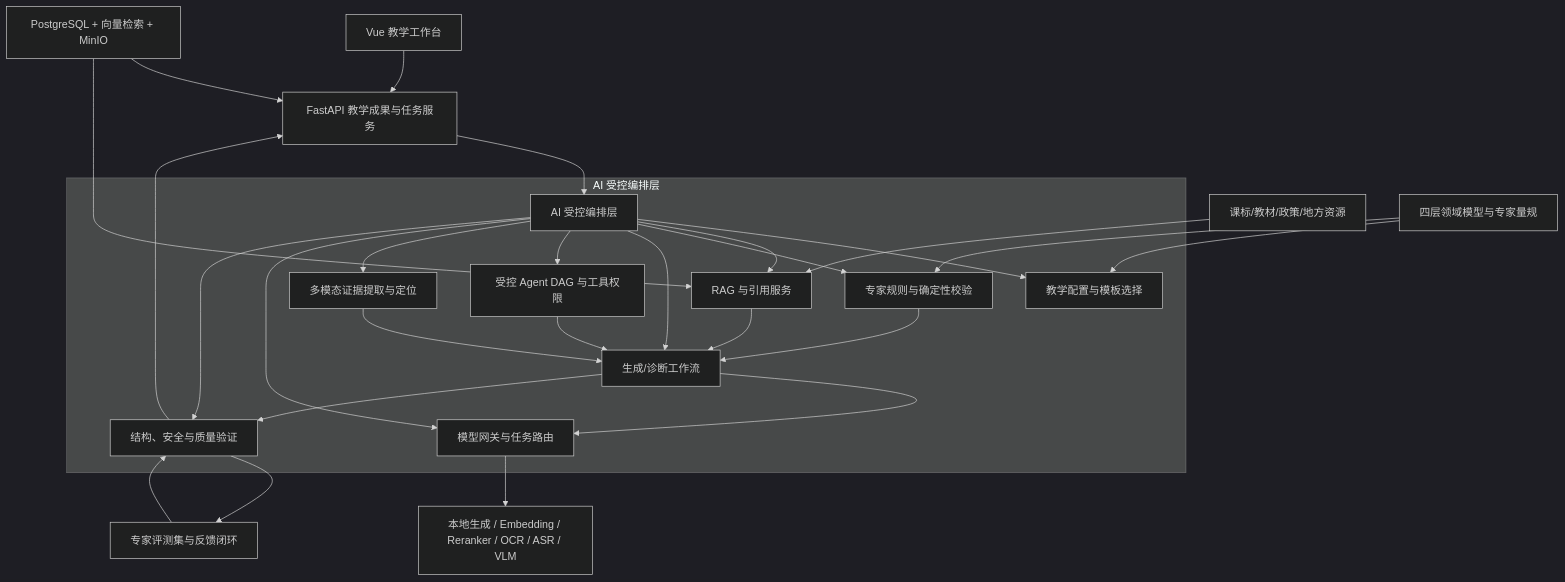
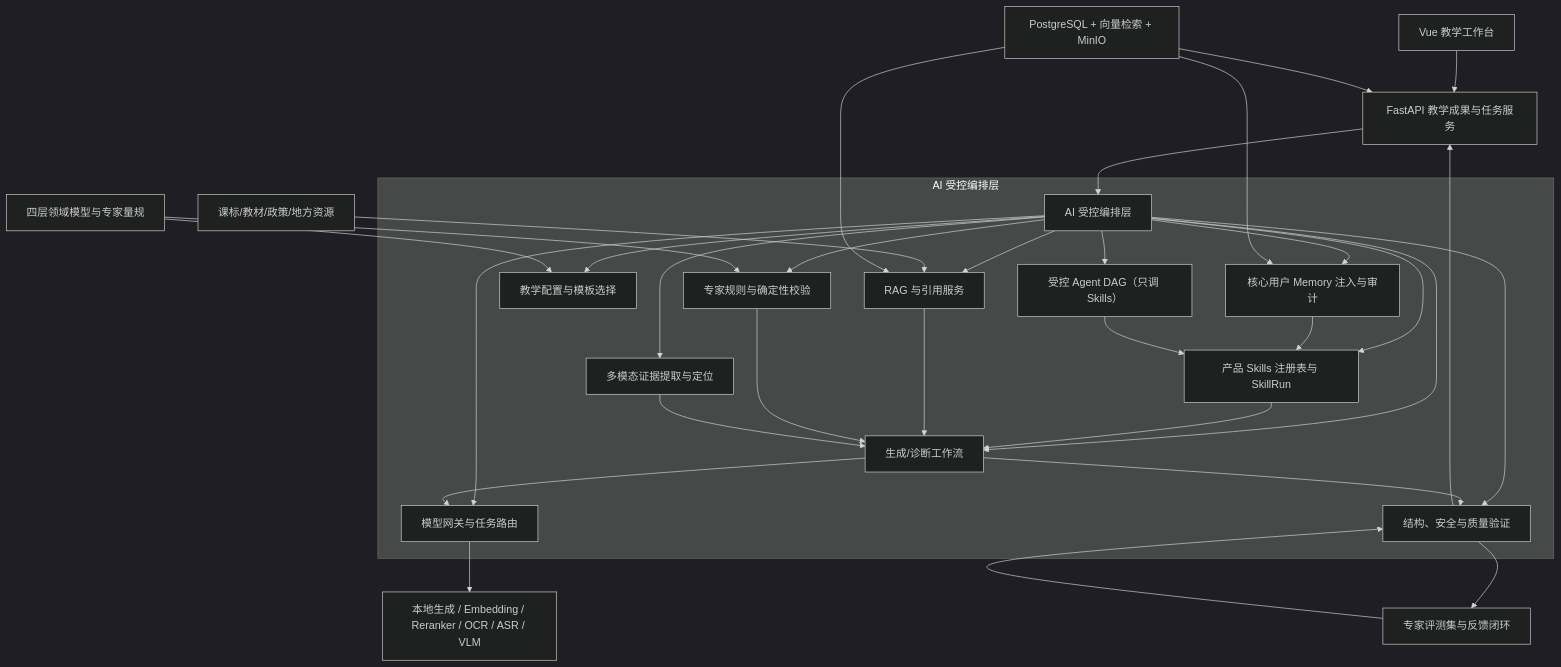
The second of 3 diagrams in src/docs/2026-luyun-curriculum-pedagogy-development-plan.md (hordu-ma/sdszk-qa), drawn with Mermaid (dark theme) before and after one commit. The commit also changed other lines of this file and 15 other files, not shown here.

First line of the commit message:
docs: align plan v0.5 for Skills, Memory, and platform identity

````diff
--- a/src/docs/2026-luyun-curriculum-pedagogy-development-plan.md
+++ b/src/docs/2026-luyun-curriculum-pedagogy-development-plan.md
@@ -359,33 +607,38 @@
 ```mermaid
 flowchart TB
   UI["Vue 教学工作台"] --> APP["FastAPI 教学成果与任务服务"]
   APP --> ORCH["AI 受控编排层"]
 
   subgraph ORCH_LAYER["AI 受控编排层"]
+    ORCH --> SKILL["产品 Skills 注册表与 SkillRun"]
+    ORCH --> MEM["核心用户 Memory 注入与审计"]
     ORCH --> CFG["教学配置与模板选择"]
     ORCH --> RAG["RAG 与引用服务"]
     ORCH --> RULE["专家规则与确定性校验"]
     ORCH --> FLOW["生成/诊断工作流"]
-    ORCH --> AGENT["受控 Agent DAG 与工具权限"]
+    ORCH --> AGENT["受控 Agent DAG（只调 Skills）"]
     ORCH --> MM["多模态证据提取与定位"]
     ORCH --> GATE["模型网关与任务路由"]
     ORCH --> VALID["结构、安全与质量验证"]
   end
 
   KB["课标/教材/政策/地方资源"] --> RAG
   ONTO["四层领域模型与专家量规"] --> CFG
   ONTO --> RULE
+  MEM --> SKILL
+  SKILL --> FLOW
   RAG --> FLOW
   RULE --> FLOW
   GATE --> MODEL["本地生成 / Embedding / Reranker / OCR / ASR / VLM"]
   FLOW --> GATE
-  AGENT --> FLOW
+  AGENT --> SKILL
   MM --> FLOW
   FLOW --> VALID
   VALID --> APP
 
   DATA["PostgreSQL + 向量检索 + MinIO"] --> APP
   DATA --> RAG
+  DATA --> MEM
   EVAL["专家评测集与反馈闭环"] --> VALID
   VALID --> EVAL
 ```
````
